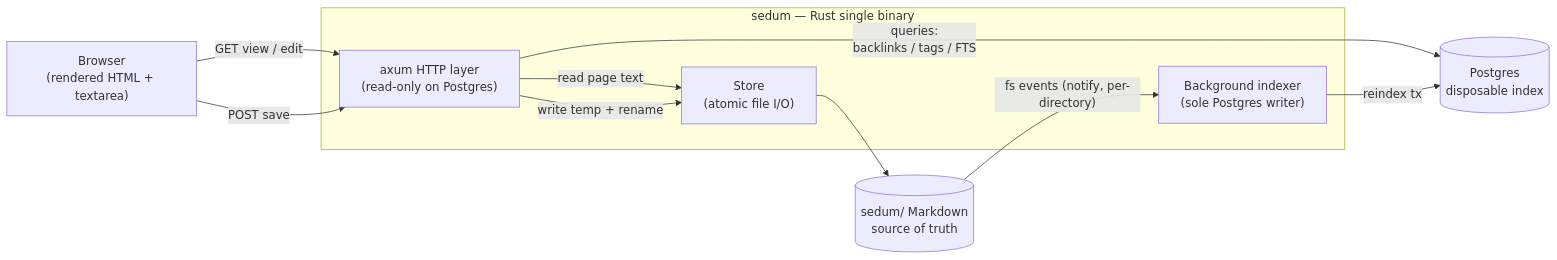
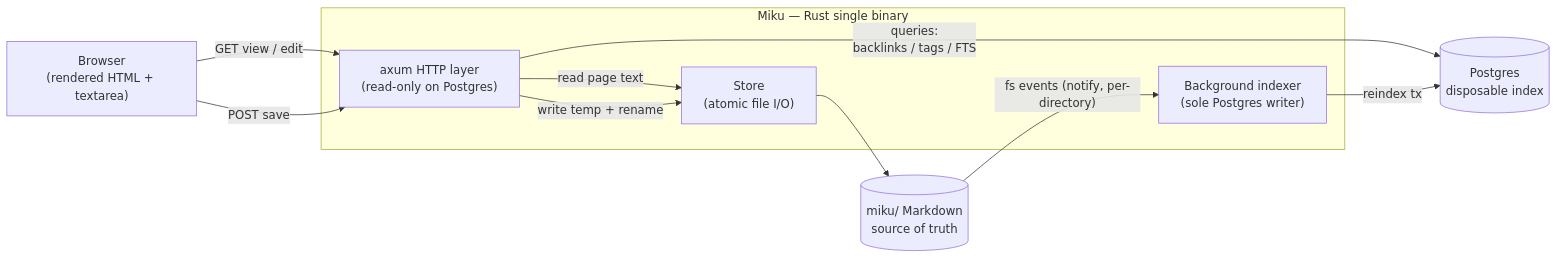
Before and after one commit to azusachino/sedum: the first of 4 diagrams in docs/dataflow_v3.md, drawn with Mermaid. The commit also changed other lines of this file and 27 other files, not shown here.

First line of the commit message:
docs: rebrand sedum -> miku across docs and instructions

````diff
--- a/docs/dataflow_v3.md
+++ b/docs/dataflow_v3.md
@@ -45,22 +45,22 @@
 ```mermaid
 flowchart LR
   Browser["Browser<br/>(rendered HTML + textarea)"]
 
-  subgraph Server["sedum — Rust single binary"]
+  subgraph Server["Miku — Rust single binary"]
     HTTP["axum HTTP layer<br/>(read-only on Postgres)"]
     Store["Store<br/>(atomic file I/O)"]
     Indexer["Background indexer<br/>(sole Postgres writer)"]
   end
 
-  FS[("sedum/ Markdown<br/>source of truth")]
+  FS[("miku/ Markdown<br/>source of truth")]
   PG[("Postgres<br/>disposable index")]
 
   Browser -->|"GET view / edit"| HTTP
   Browser -->|"POST save"| HTTP
   HTTP -->|"read page text"| Store
   HTTP -->|"queries:<br/>backlinks / tags / FTS"| PG
   HTTP -->|"write temp + rename"| Store
   Store --> FS
   FS -->|"fs events (notify, per-directory)"| Indexer
   Indexer -->|"reindex tx"| PG
 ```
````
